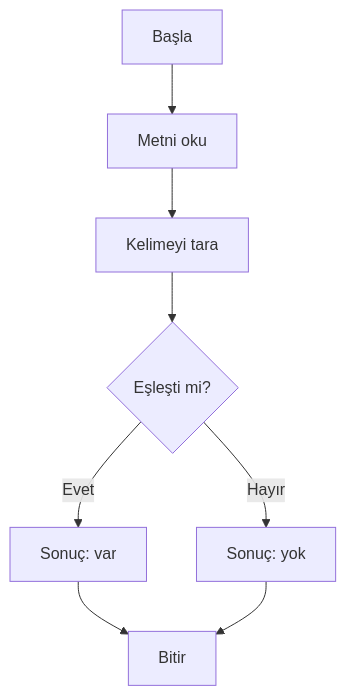
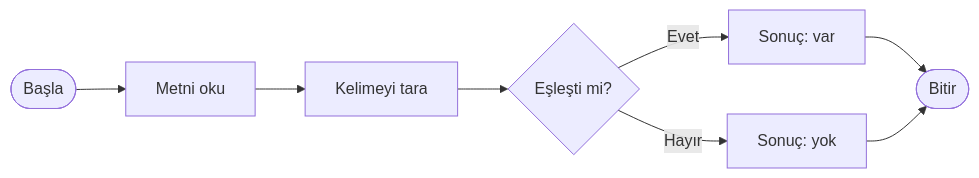
The second of 6 diagrams in Topics/01-What-Is-Algorithm.md (abdullatifkaban/Algorithm), drawn with Mermaid before and after one commit. The commit also changed other lines of this file and 23 other files, not shown here.

````diff
--- a/Topics/01-What-Is-Algorithm.md
+++ b/Topics/01-What-Is-Algorithm.md
@@ -136,10 +87,10 @@
 ```mermaid
-flowchart TD
-    A[Başla] --> B[Metni oku]
+flowchart LR
+    A([Başla]) --> B[Metni oku]
     B --> C[Kelimeyi tara]
     C --> D{Eşleşti mi?}
     D -->|Evet| E[Sonuç: var]
     D -->|Hayır| F[Sonuç: yok]
-    E --> Z[Bitir]
+    E --> Z([Bitir])
     F --> Z
 ```
````
